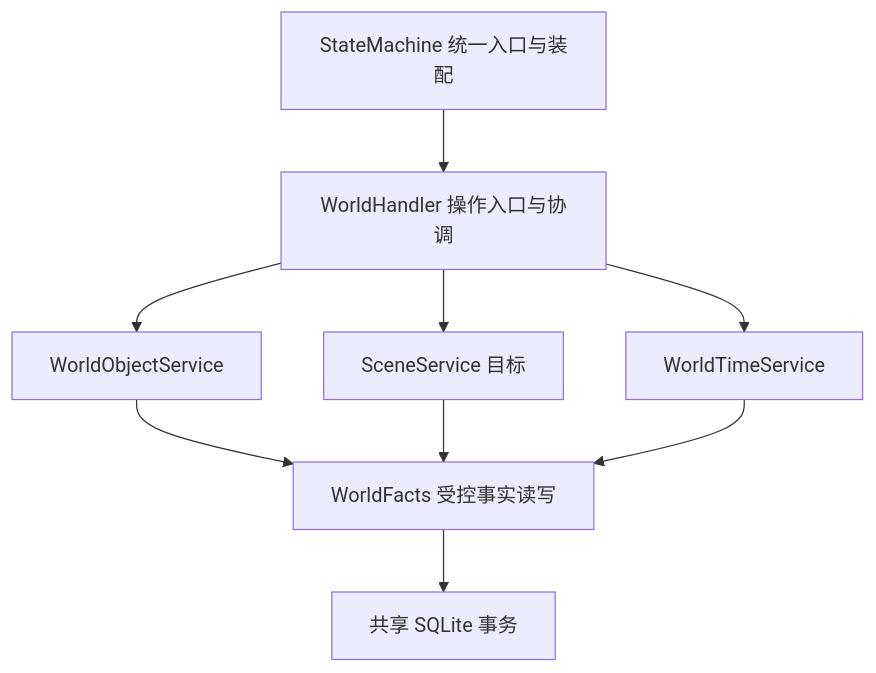
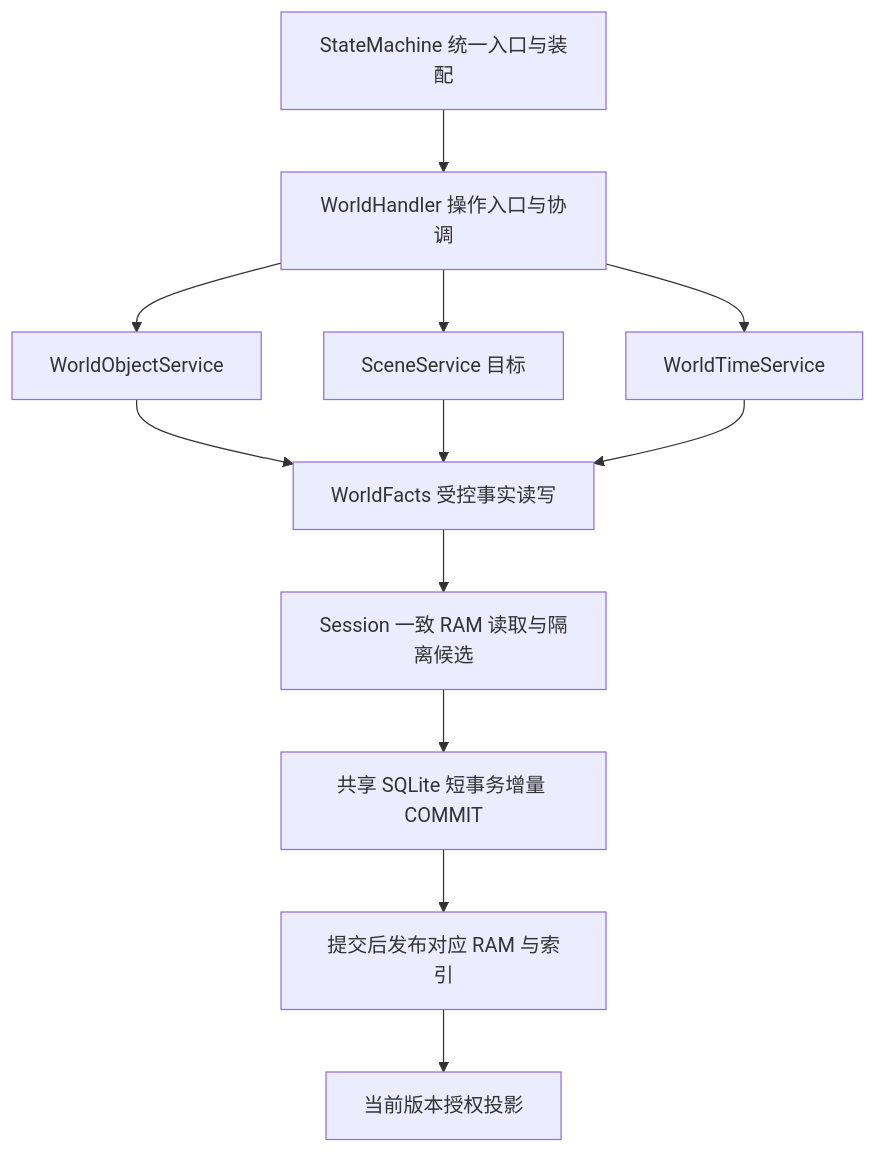
One commit to agentic-trpg/agentic-trpg changed the first of 2 diagrams in docs/STATE_MACHINE_ARCHITECTURE.md. Above: the diagram before and after it, drawn with Mermaid. The commit also changed other lines of this file and 10 other files, not shown here.

````diff
--- a/docs/STATE_MACHINE_ARCHITECTURE.md
+++ b/docs/STATE_MACHINE_ARCHITECTURE.md
@@ -120,11 +123,14 @@
 ```mermaid
 flowchart TD
     Entry[StateMachine 统一入口与装配] --> World[WorldHandler 操作入口与协调]
     World --> Objects[WorldObjectService]
     World --> Scene[SceneService 目标]
     World --> Clock[WorldTimeService]
     Objects --> Facts[WorldFacts 受控事实读写]
     Scene --> Facts
     Clock --> Facts
-    Facts --> Commit[共享 SQLite 事务]
+    Facts --> Runtime[Session 一致 RAM 读取与隔离候选]
+    Runtime --> Commit[共享 SQLite 短事务增量 COMMIT]
+    Commit --> Publish[提交后发布对应 RAM 与索引]
+    Publish --> Views[当前版本授权投影]
 ```
````
